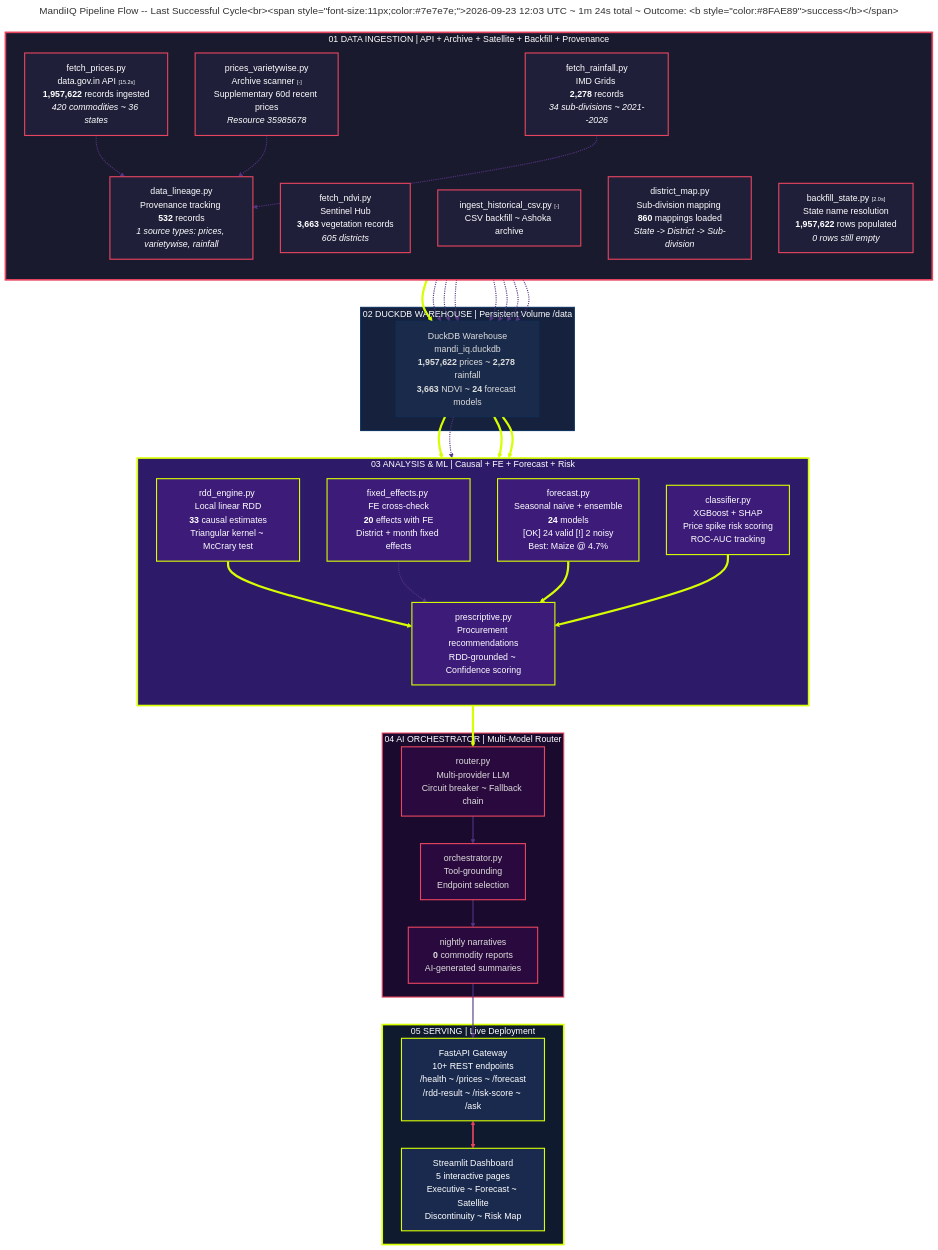
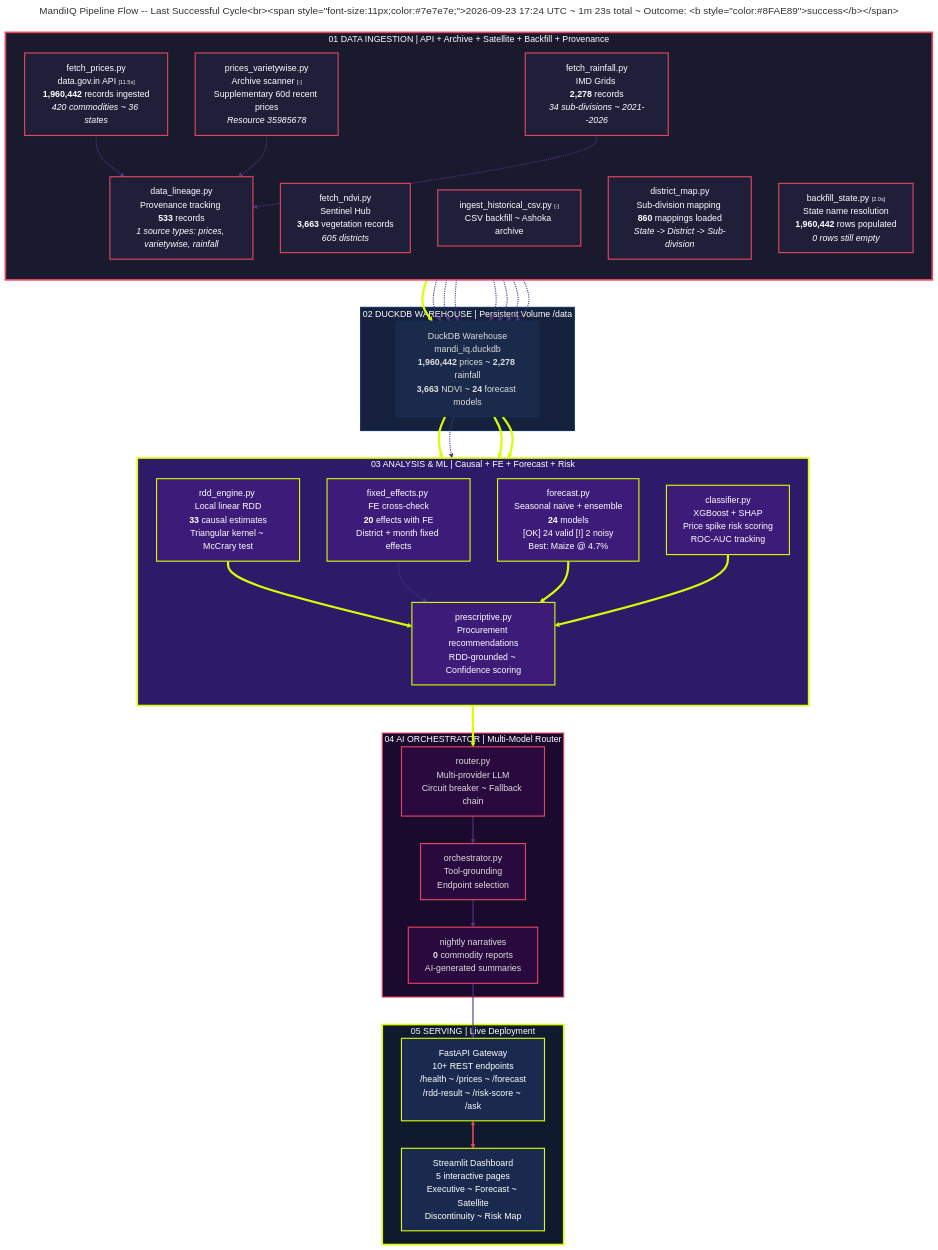
Before and after one commit to flawsom/test-mandi: the diagram in diagrams/pipeline-flow-live.mmd, drawn with Mermaid. The commit also changed 6 other files, not shown here.

```diff
--- a/diagrams/pipeline-flow-live.mmd
+++ b/diagrams/pipeline-flow-live.mmd
@@ -1,139 +1,139 @@
 ---
-title: "MandiIQ Pipeline Flow -- Last Successful Cycle<br/><span style='font-size:11px;color:#7e7e7e;'>2026-09-23 12:03 UTC ~ 1m 24s total ~ Outcome: <b style='color:#8FAE89'>success</b></span>"
+title: "MandiIQ Pipeline Flow -- Last Successful Cycle<br/><span style='font-size:11px;color:#7e7e7e;'>2026-09-23 17:24 UTC ~ 1m 23s total ~ Outcome: <b style='color:#8FAE89'>success</b></span>"
 ---
 %%{init: {
   "theme": "dark",
   "themeVariables": {
     "primaryColor": "#1a1a2e",
     "primaryTextColor": "#ffffff",
     "primaryBorderColor": "#d7ff00",
     "lineColor": "#d7ff00",
     "secondaryColor": "#16213e",
     "tertiaryColor": "#0f3460",
     "mainBkg": "#0d0d1a",
     "nodeBorder": "#533483",
     "clusterBkg": "#0a0a12",
     "clusterBorder": "#2a2a4a",
     "titleColor": "#d7ff00",
     "edgeLabelBackground": "#0d0d1a",
     "nodeTextColor": "#ffffff",
     "fontFamily": "\"Space Grotesk\", \"Inter\", sans-serif"
   },
   "flowchart": {
     "useMaxWidth": true,
     "htmlLabels": true,
     "curve": "basis",
     "padding": 20
   }
 }%%
 flowchart TD
     %% Stage 1: DATA INGESTION
     subgraph S1["01 DATA INGESTION  | API + Archive + Satellite + Backfill + Provenance"]
         direction TB
-        A1["fetch_prices.py<br/>data.gov.in API <span style='color:#7e7e7e;font-size:10px;'>[15.2s]</span><br/><b>1,957,622</b> records ingested<br/><i>420 commodities ~ 36 states</i>"]
+        A1["fetch_prices.py<br/>data.gov.in API <span style='color:#7e7e7e;font-size:10px;'>[11.5s]</span><br/><b>1,960,442</b> records ingested<br/><i>420 commodities ~ 36 states</i>"]
         A2["prices_varietywise.py<br/>Archive scanner <span style='color:#7e7e7e;font-size:10px;'>[-]</span><br/>Supplementary 60d recent prices<br/><i>Resource 35985678</i>"]
         A3["fetch_rainfall.py<br/>IMD Grids <br/><b>2,278</b> records<br/><i>34 sub-divisions ~ 2021--2026</i>"]
         A4["fetch_ndvi.py<br/>Sentinel Hub <br/><b>3,663</b> vegetation records<br/><i>605 districts</i>"]
         A5["ingest_historical_csv.py <span style='color:#7e7e7e;font-size:10px;'>[-]</span><br/>CSV backfill ~ Ashoka archive"]
         A6["district_map.py<br/>Sub-division mapping <br/><b>860</b> mappings loaded<br/><i>State -> District -> Sub-division</i>"]
-        A7["backfill_state.py <span style='color:#7e7e7e;font-size:10px;'>[2.0s]</span><br/>State name resolution<br/><b>1,957,622</b> rows populated<br/><i>0 rows still empty</i>"]
-        A8["data_lineage.py<br/>Provenance tracking <br/><b>532</b> records<br/><i>1 source types: prices, varietywise, rainfall</i>"]
+        A7["backfill_state.py <span style='color:#7e7e7e;font-size:10px;'>[2.0s]</span><br/>State name resolution<br/><b>1,960,442</b> rows populated<br/><i>0 rows still empty</i>"]
+        A8["data_lineage.py<br/>Provenance tracking <br/><b>533</b> records<br/><i>1 source types: prices, varietywise, rainfall</i>"]
     end
 
     %% Stage 2: DUCKDB WAREHOUSE
     subgraph S2["02 DUCKDB WAREHOUSE  | Persistent Volume /data"]
-        B1["DuckDB Warehouse<br/>mandi_iq.duckdb<br/><b>1,957,622</b> prices ~ <b>2,278</b> rainfall<br/><b>3,663</b> NDVI ~ <b>24</b> forecast models"]
+        B1["DuckDB Warehouse<br/>mandi_iq.duckdb<br/><b>1,960,442</b> prices ~ <b>2,278</b> rainfall<br/><b>3,663</b> NDVI ~ <b>24</b> forecast models"]
     end
 
     %% Stage 3: ANALYSIS & ML
     subgraph S3["03 ANALYSIS & ML  | Causal + FE + Forecast + Risk"]
         direction TB
         C1["rdd_engine.py <br/>Local linear RDD<br/><b>33</b> causal estimates<br/>Triangular kernel ~ McCrary test"]
         C2["fixed_effects.py <br/>FE cross-check<br/><b>20</b> effects with FE<br/>District + month fixed effects"]
         C3["forecast.py <br/>Seasonal naive + ensemble<br/><b>24</b> models<br/><span style='color:#8FAE89'>[OK] 24 valid</span> <span style='color:#D9663B'>[!] 2 noisy</span><br/>Best: Maize @ 4.7%"]
         C4["classifier.py <br/>XGBoost + SHAP<br/>Price spike risk scoring<br/>ROC-AUC tracking"]
         C5["prescriptive.py<br/>Procurement recommendations<br/>RDD-grounded ~ Confidence scoring"]
     end
 
     %% Stage 4: AI ORCHESTRATOR
     subgraph S4["04 AI ORCHESTRATOR  | Multi-Model Router"]
         D1["router.py<br/>Multi-provider LLM<br/>Circuit breaker ~ Fallback chain"]
         D2["orchestrator.py<br/>Tool-grounding<br/>Endpoint selection"]
         D3["nightly narratives<br/><b>0</b> commodity reports<br/>AI-generated summaries"]
     end
 
     %% Stage 5: SERVING
     subgraph S5["05 SERVING  | Live Deployment"]
         E1["FastAPI Gateway<br/>10+ REST endpoints<br/>/health ~ /prices ~ /forecast<br/>/rdd-result ~ /risk-score ~ /ask"]
         E2["Streamlit Dashboard<br/>5 interactive pages<br/>Executive ~ Forecast ~ Satellite<br/>Discontinuity ~ Risk Map"]
     end
 
     %% Main flow: ingestion -> warehouse
     A1 ==> B1
     A2 -.-> B1
     A3 -.-> B1
     A4 -.-> B1
     A5 -.-> B1
     A6 -.-> B1
     A7 -.-> B1
 
     %% Main flow: ingestion -> provenance tracking
     A1 -.-> A8
     A2 -.-> A8
     A3 -.-> A8
     A8 -.-> B1
 
     %% Main flow: warehouse -> analysis
     B1 ==> C1
     B1 -.-> C2
     B1 ==> C3
     B1 ==> C4
 
     %% Main flow: analysis -> prescriptive -> AI
     C1 ==> C5
     C2 -.-> C5
     C3 ==> C5
     C4 ==> C5
 
     C5 ==> D1
     D1 ==> D2
     D2 ==> D3
     D3 ==> E1
 
     E1 <==> E2
 
     %% Edge styling: thick = primary path
     linkStyle 0,11,13,14,15,17,18,19 stroke-width:4px,stroke:#d7ff00,fill:none
     linkStyle 1,2,3,4,5,6,7,8,9,10,12,16,20,21,22 stroke-width:2px,stroke:#533483,fill:none
     linkStyle 23 stroke-width:3px,stroke:#e94560,fill:none
 
     %% Stage classes
     classDef stage1 fill:#1a1a2e,stroke:#e94560,stroke-width:3px,color:#fff
     classDef stage1Node fill:#1f1f3a,stroke:#e94560,stroke-width:2px,color:#fff
 
     classDef stage2 fill:#16213e,stroke:#0f3460,stroke-width:2px,color:#fff
     classDef stage2Node fill:#1a2a4a,stroke:#0f3460,stroke-width:1px,color:#ddd
 
     classDef stage3 fill:#2d1b69,stroke:#d7ff00,stroke-width:3px,color:#fff
     classDef stage3Node fill:#3d1b79,stroke:#d7ff00,stroke-width:2px,color:#fff
 
     classDef stage4 fill:#1a0a2e,stroke:#e94560,stroke-width:2px,color:#fff
     classDef stage4Node fill:#2a0a3e,stroke:#e94560,stroke-width:2px,color:#ddd
 
     classDef stage5 fill:#0f1a2e,stroke:#d7ff00,stroke-width:3px,color:#fff
     classDef stage5Node fill:#1a2a4e,stroke:#d7ff00,stroke-width:2px,color:#fff
 
     class S1 stage1
     class A1,A2,A3,A4,A5,A6,A7,A8 stage1Node
 
     class S2 stage2
     class B1 stage2Node
 
     class S3 stage3
     class C1,C2,C3,C4,C5 stage3Node
 
     class S4 stage4
     class D1,D2,D3 stage4Node
 
     class S5 stage5
     class E1,E2 stage5Node
```
